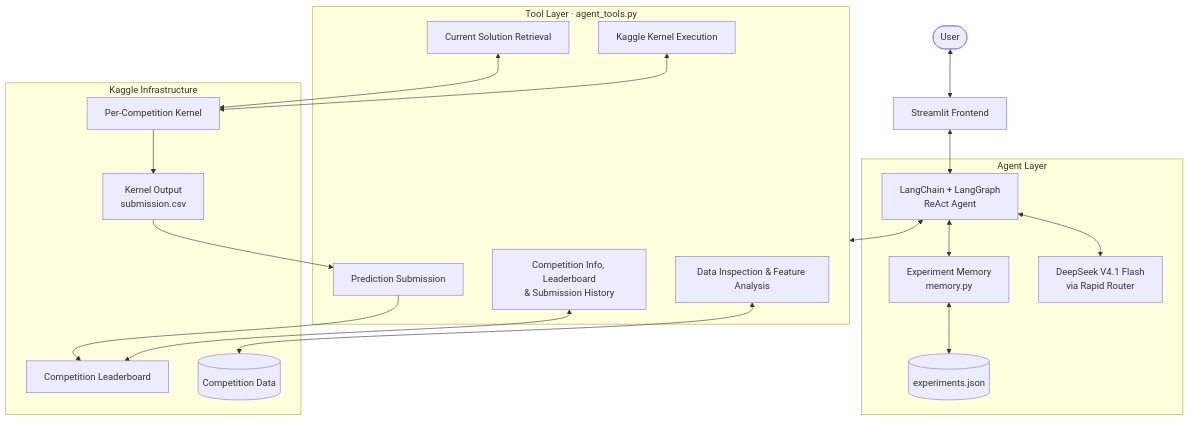
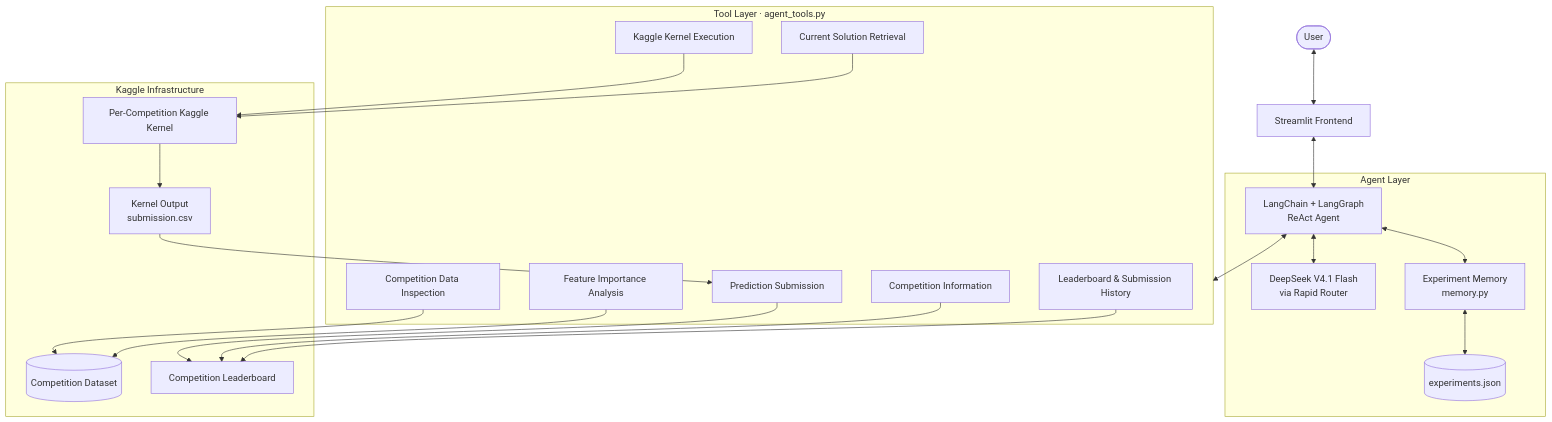
Before and after one commit to RugvedBane/Kwest: the diagram in README.md, drawn with Mermaid.

Commit message:
Update README with improved flowchart labels

````diff
--- a/README.md
+++ b/README.md
@@ -32,43 +32,47 @@
 ```mermaid
-
 flowchart TD
-    U(["User"]) <--> UI["Streamlit Frontend"]
+    U(["User"])
+    UI["Streamlit Frontend"]
 
     subgraph AGENT["Agent Layer"]
-        A["LangChain + LangGraph<br/>ReAct Agent"]
+        LG["LangChain + LangGraph<br/>ReAct Agent"]
         LLM["DeepSeek V4.1 Flash<br/>via Rapid Router"]
         MEM["Experiment Memory<br/>memory.py"]
         DB[("experiments.json")]
-
-        A <--> LLM
-        A <--> MEM
-        MEM <--> DB
     end
 
-    UI <--> A
-
     subgraph TOOLS["Tool Layer · agent_tools.py"]
-        T1["Data Inspection & Feature Analysis"]
-        T2["Competition Info, Leaderboard<br/>& Submission History"]
-        T3["Current Solution Retrieval"]
-        T4["Kaggle Kernel Execution"]
-        T5["Prediction Submission"]
+        T1["Competition Data Inspection"]
+        T2["Feature Importance Analysis"]
+        T3["Competition Information"]
+        T4["Leaderboard & Submission History"]
+        T5["Current Solution Retrieval"]
+        T6["Kaggle Kernel Execution"]
+        T7["Prediction Submission"]
     end
 
-    A <--> TOOLS
-
     subgraph KAGGLE["Kaggle Infrastructure"]
-        DATA[("Competition Data")]
-        KERNEL["Per-Competition Kernel"]
+        DATA[("Competition Dataset")]
+        KERNEL["Per-Competition Kaggle Kernel"]
         OUTPUT["Kernel Output<br/>submission.csv"]
         BOARD["Competition Leaderboard"]
     end
 
-    T1 <--> DATA
-    T2 <--> BOARD
-    T3 <--> KERNEL
-    T4 <--> KERNEL
+    U <--> UI
+    UI <--> LG
+    LG <--> LLM
+    LG <--> MEM
+    MEM <--> DB
+    LG <--> TOOLS
+
+    T1 --> DATA
+    T2 --> DATA
+    T6 --> KERNEL
     KERNEL --> OUTPUT
-    OUTPUT --> T5
-    T5 --> BOARD
+    OUTPUT --> T7
+    T7 --> BOARD
+
+    T3 --> BOARD
+    T4 --> BOARD
+    T5 --> KERNEL
 ```
````
